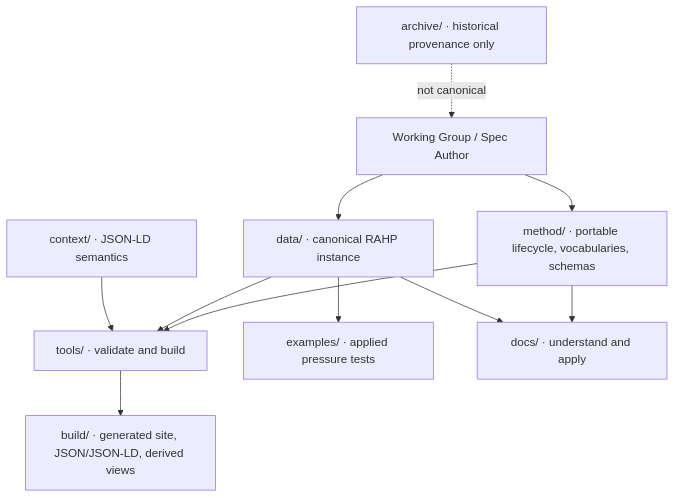
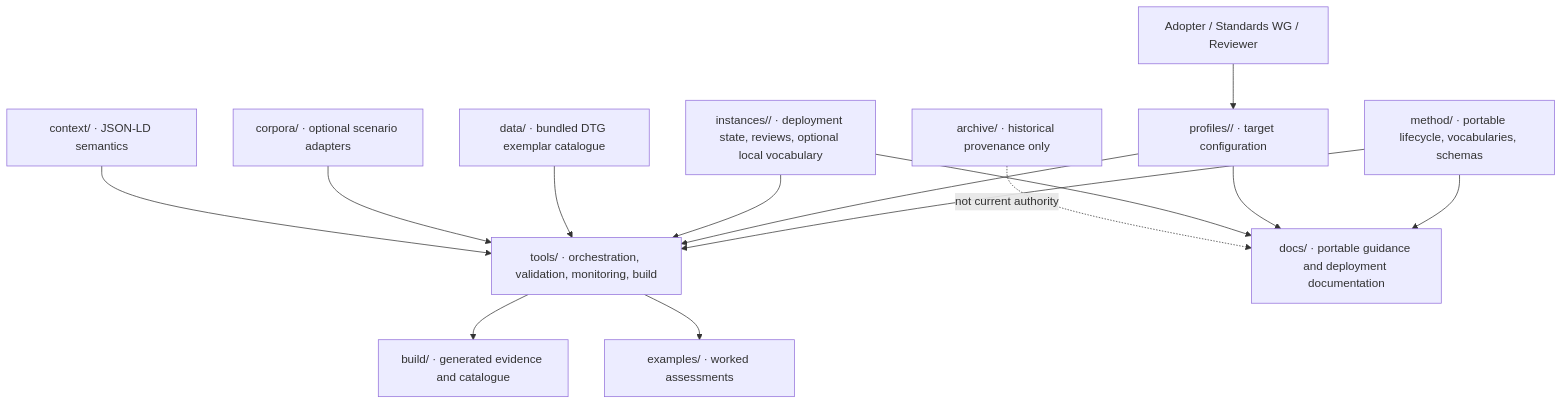
The diagram in docs/diagrams/repository-map.md (sankarshanmukhopadhyay/dtgwg-rahp-tf), drawn with Mermaid before and after one commit. The commit also changed other lines of this file and 71 other files, not shown here.

````diff
--- a/docs/diagrams/repository-map.md
+++ b/docs/diagrams/repository-map.md
@@ -3,13 +3,16 @@
 ```mermaid
 flowchart TB
-  U[Working Group / Spec Author] --> M[method/ · portable lifecycle, vocabularies, schemas]
-  U --> D[data/ · canonical RAHP instance]
-  M --> T[tools/ · validate and build]
-  D --> T
-  C[context/ · JSON-LD semantics] --> T
-  T --> B[build/ · generated site, JSON/JSON-LD, derived views]
-  D --> E[examples/ · applied pressure tests]
-  M --> DOC[docs/ · understand and apply]
-  D --> DOC
-  A[archive/ · historical provenance only] -. not canonical .-> U
+  U[Adopter / Standards WG / Reviewer] --> P[profiles/<id>/ · target configuration]
+  M[method/ · portable lifecycle, vocabularies, schemas] --> T[tools/ · orchestration, validation, monitoring, build]
+  P --> T
+  I[instances/<id>/ · deployment state, reviews, optional local vocabulary] --> T
+  D[data/ · bundled DTG exemplar catalogue] --> T
+  C[corpora/ · optional scenario adapters] --> T
+  X[context/ · JSON-LD semantics] --> T
+  T --> B[build/ · generated evidence and catalogue]
+  T --> E[examples/ · worked assessments]
+  M --> DOC[docs/ · portable guidance and deployment documentation]
+  P --> DOC
+  I --> DOC
+  A[archive/ · historical provenance only] -. not current authority .-> DOC
 ```
````
